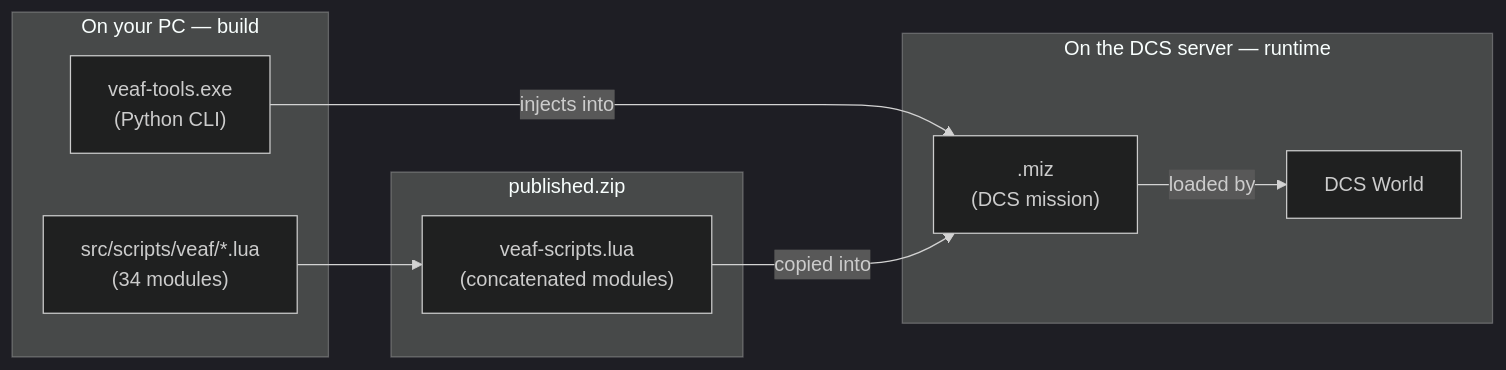
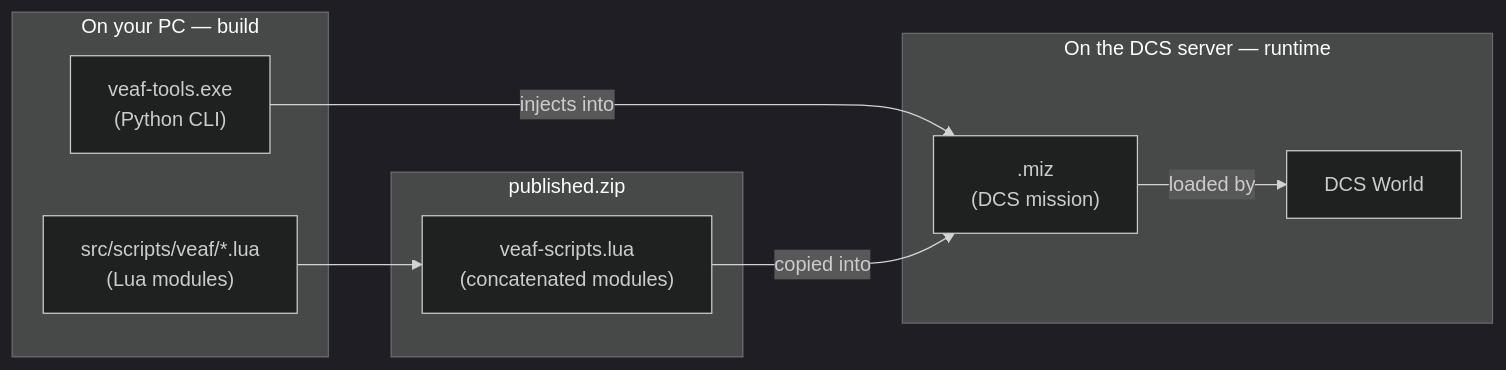
One commit to VEAF/VEAF-Mission-Creation-Tools changed the diagram in doc/developer/README.en.md. Above: the diagram before and after it, drawn with Mermaid (dark theme). The commit also changed other lines of this file and 1 other file, not shown here.

````diff
--- a/doc/developer/README.en.md
+++ b/doc/developer/README.en.md
@@ -25,18 +25,18 @@
 ```mermaid
 flowchart LR
     subgraph DT["On your PC — build"]
-        lua["src/scripts/veaf/*.lua<br/>(34 modules)"]
+        lua["src/scripts/veaf/*.lua<br/>(Lua modules)"]
         py["veaf-tools.exe<br/>(Python CLI)"]
     end
     subgraph zip["published.zip"]
         bundle["veaf-scripts.lua<br/>(concatenated modules)"]
     end
     subgraph RT["On the DCS server — runtime"]
         mission[".miz\n(DCS mission)"]
         dcs["DCS World"]
     end
     lua --> bundle
     py -->|injects into| mission
     bundle -->|copied into| mission
     mission -->|loaded by| dcs
 ```
````
